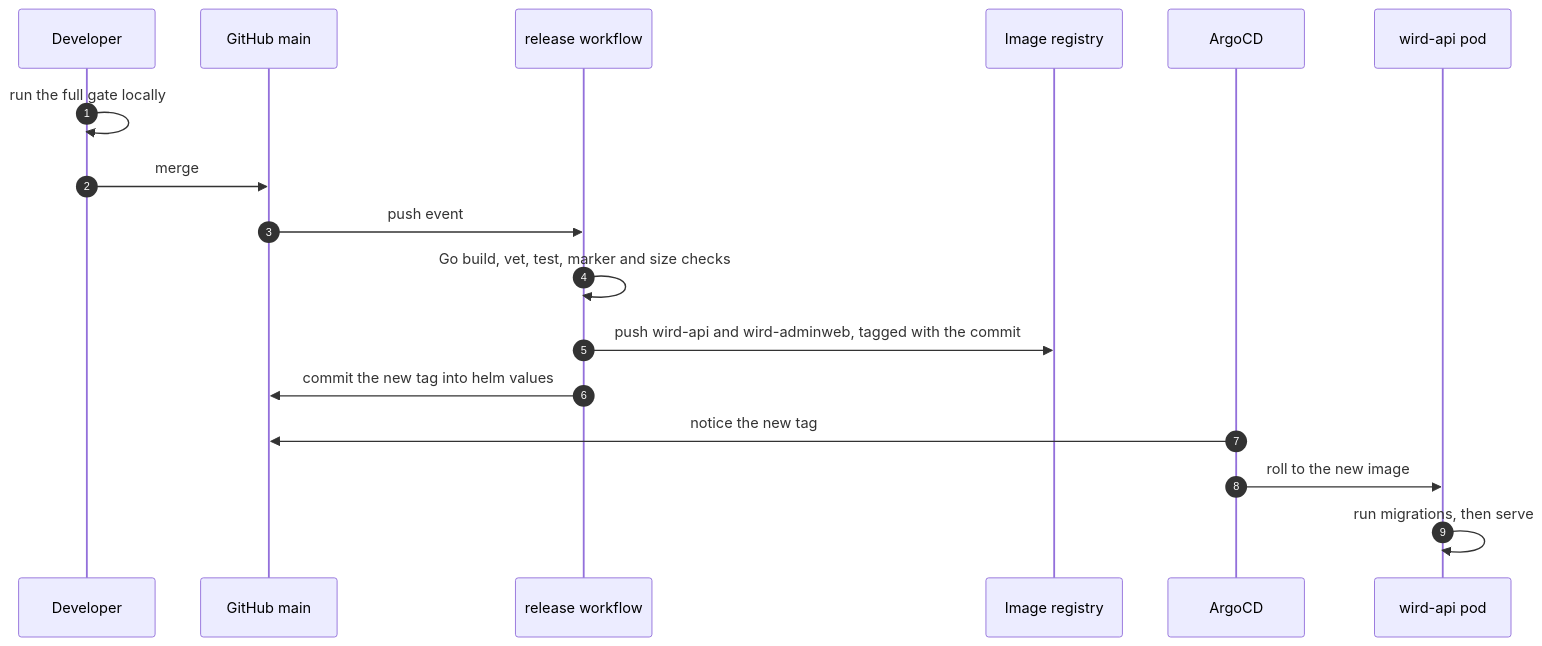
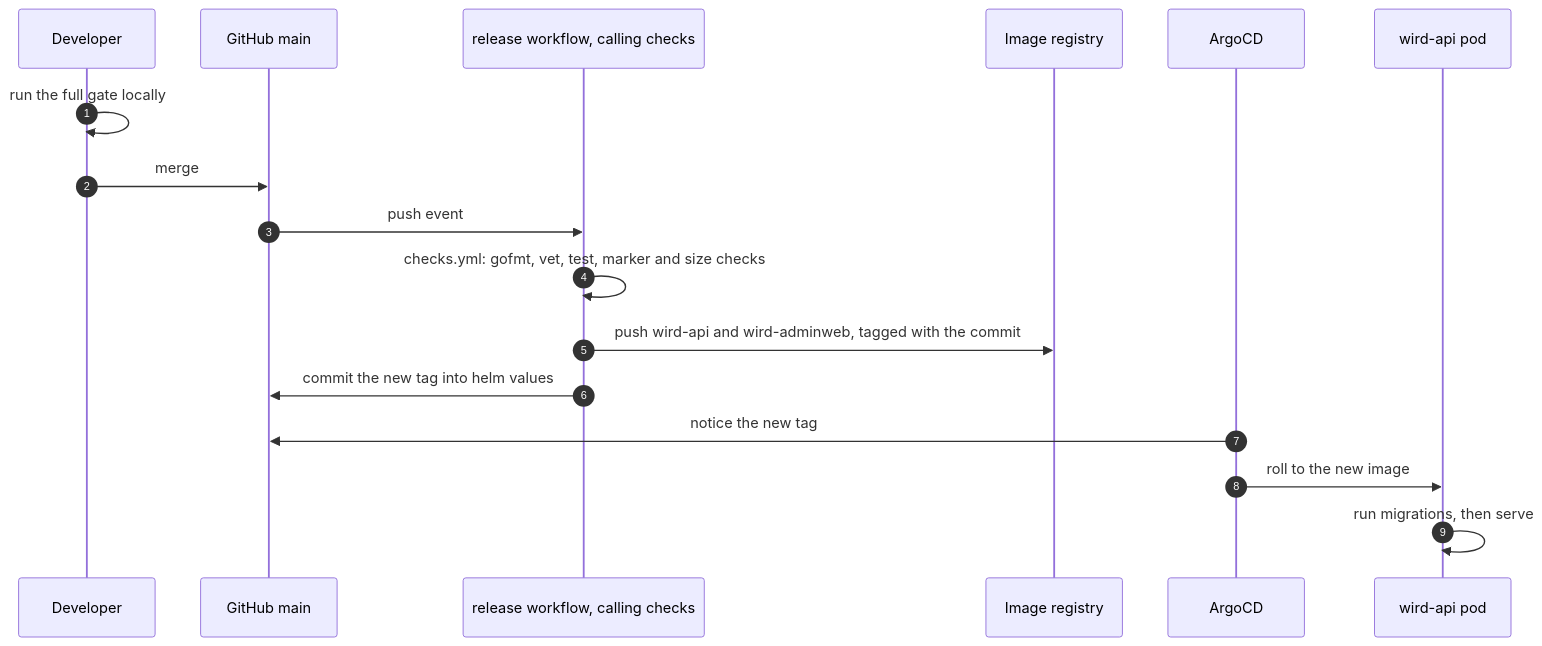
One commit to MohammadBnei/wird changed the first of 4 diagrams in docs/architecture/deploy.md. Above: the diagram before and after it, drawn with Mermaid. The commit also changed other lines of this file and 9 other files, not shown here.

````diff
--- a/docs/architecture/deploy.md
+++ b/docs/architecture/deploy.md
@@ -16,19 +16,19 @@
 ```mermaid
 sequenceDiagram
   autonumber
   participant Dev as Developer
   participant GH as GitHub main
-  participant CI as release workflow
+  participant CI as release workflow, calling checks
   participant Reg as Image registry
   participant Argo as ArgoCD
   participant Pod as wird-api pod
   Dev->>Dev: run the full gate locally
   Dev->>GH: merge
   GH->>CI: push event
-  CI->>CI: Go build, vet, test, marker and size checks
+  CI->>CI: checks.yml: gofmt, vet, test, marker and size checks
   CI->>Reg: push wird-api and wird-adminweb, tagged with the commit
   CI->>GH: commit the new tag into helm values
   Argo->>GH: notice the new tag
   Argo->>Pod: roll to the new image
   Pod->>Pod: run migrations, then serve
 ```
````
